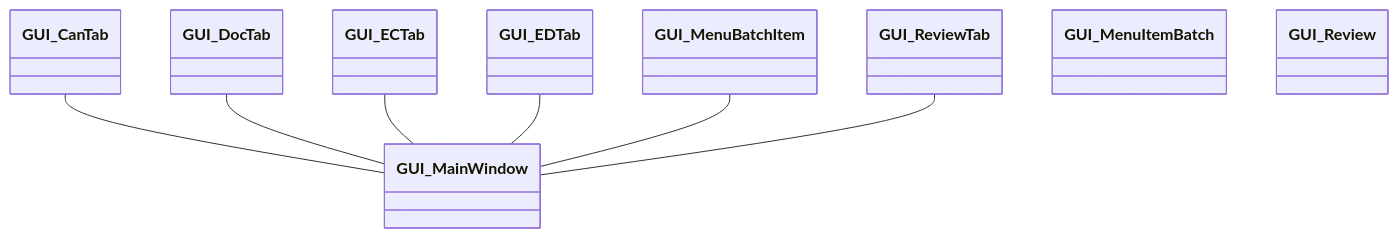
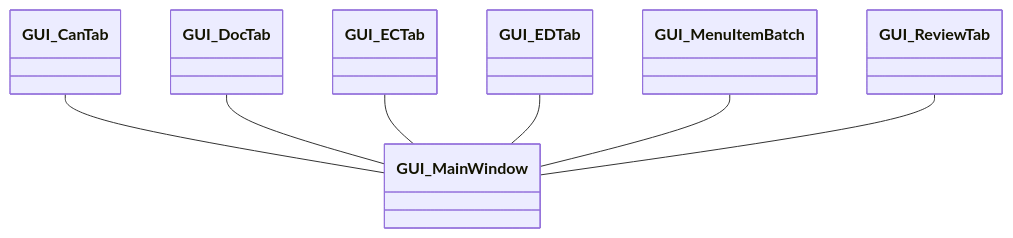
The diagram in Design.md (IComplainInComments/JGAAP_JavaFX), drawn with Mermaid before and after one commit.

````diff
--- a/Design.md
+++ b/Design.md
@@ -3,31 +3,31 @@
 ```mermaid
 classDiagram
     GUI_CanTab -- GUI_MainWindow
     GUI_DocTab -- GUI_MainWindow
     GUI_ECTab -- GUI_MainWindow
     GUI_EDTab -- GUI_MainWindow
-    GUI_MenuBatchItem -- GUI_MainWindow
+    GUI_MenuItemBatch -- GUI_MainWindow
     GUI_ReviewTab -- GUI_MainWindow
 
     class GUI_CanTab{
 
     }
     class GUI_DocTab{
 
     }
     class GUI_ECTab{
 
     }
     class GUI_EDTab{
 
     }
     class GUI_MainWindow{
 
     }
     class GUI_MenuItemBatch{
 
     }
-    class GUI_Review{
+    class GUI_ReviewTab{
 
     }
 ```
````
